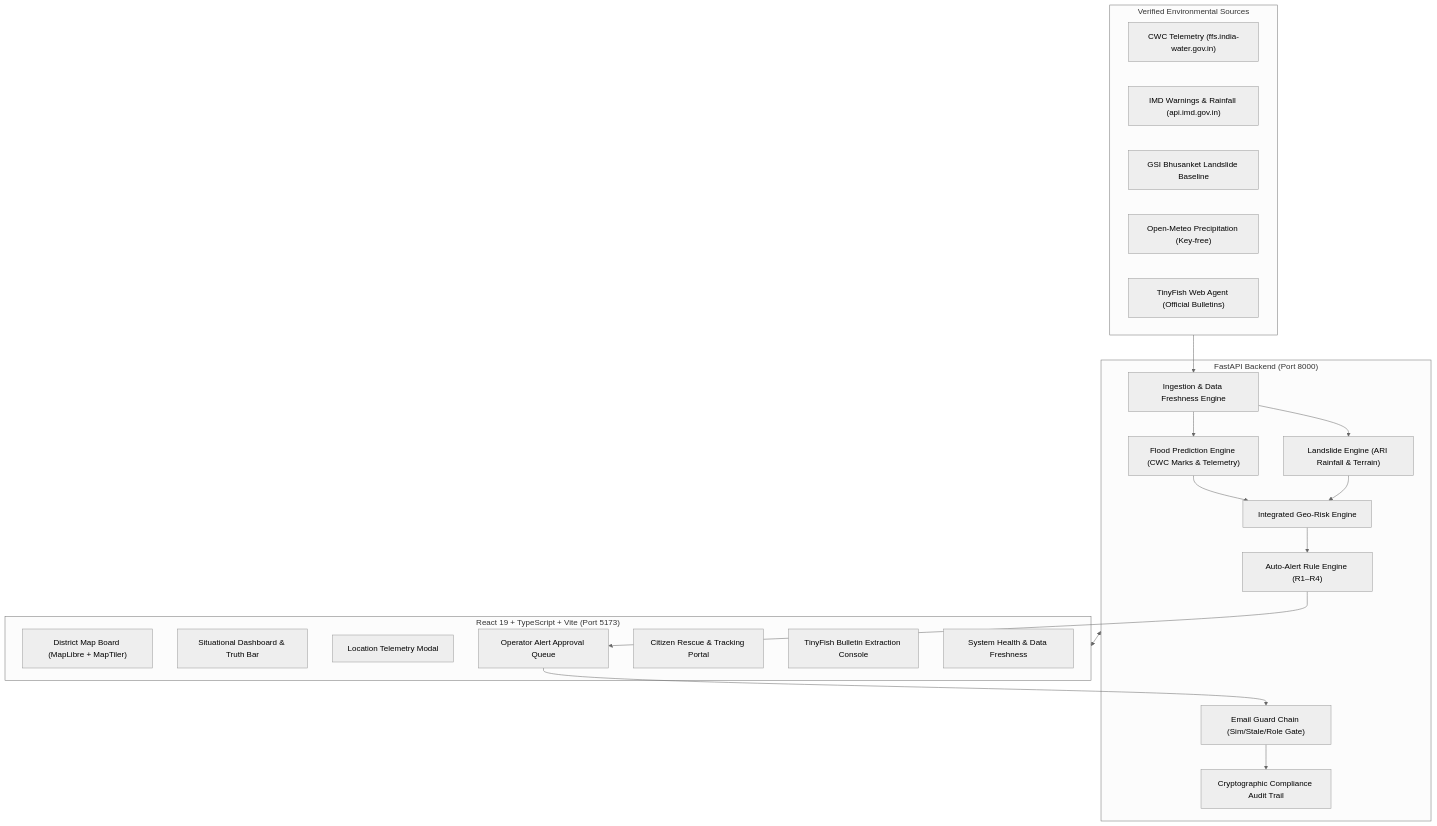
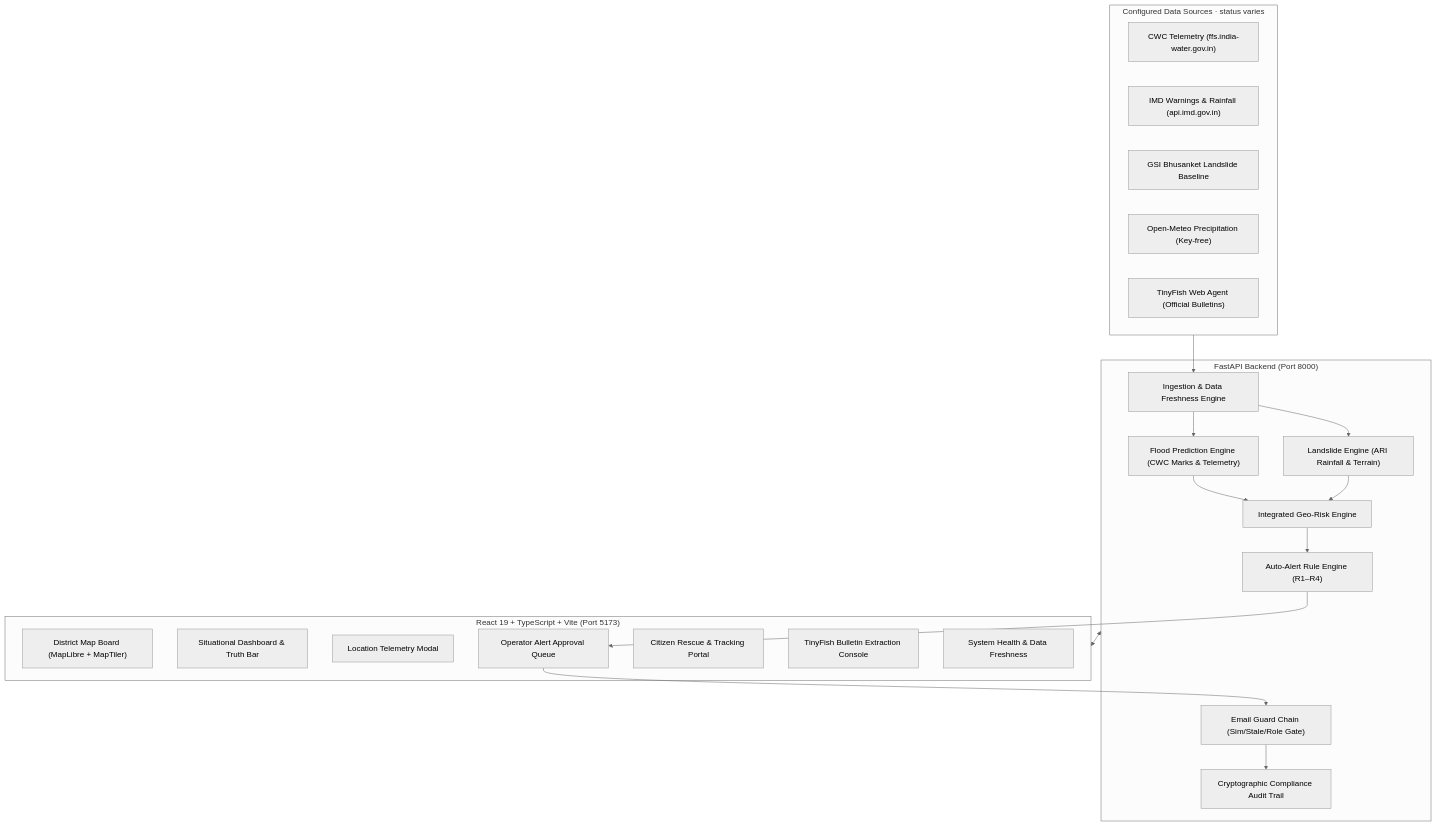
One commit to luckykushwha8-code/Northeast-Disaste-AI changed the diagram in README.md. Above: the diagram before and after it, drawn with Mermaid (neutral theme). The commit also changed other lines of this file and 58 other files, not shown here.

````diff
--- a/README.md
+++ b/README.md
@@ -17,39 +16,39 @@
 ```mermaid
 flowchart TD
-    subgraph Sources["Verified Environmental Sources"]
+    subgraph Sources["Configured Data Sources · status varies"]
         CWC["CWC Telemetry (ffs.india-water.gov.in)"]
         IMD["IMD Warnings & Rainfall (api.imd.gov.in)"]
         GSI["GSI Bhusanket Landslide Baseline"]
         OM["Open-Meteo Precipitation (Key-free)"]
         TF["TinyFish Web Agent (Official Bulletins)"]
     end
 
     subgraph Backend["FastAPI Backend (Port 8000)"]
         Ingest["Ingestion & Data Freshness Engine"]
         FloodEng["Flood Prediction Engine (CWC Marks & Telemetry)"]
         SlideEng["Landslide Engine (ARI Rainfall & Terrain)"]
         RiskEng["Integrated Geo-Risk Engine"]
         Rules["Auto-Alert Rule Engine (R1–R4)"]
         EmailGuard["Email Guard Chain (Sim/Stale/Role Gate)"]
         Audit["Cryptographic Compliance Audit Trail"]
     end
 
     subgraph Frontend["React 19 + TypeScript + Vite (Port 5173)"]
         MapBoard["District Map Board (MapLibre + MapTiler)"]
         Dashboard["Situational Dashboard & Truth Bar"]
         Telemetry["Location Telemetry Modal"]
         AlertQueue["Operator Alert Approval Queue"]
         RescueUI["Citizen Rescue & Tracking Portal"]
         TinyFishUI["TinyFish Bulletin Extraction Console"]
         SysHealth["System Health & Data Freshness"]
     end
 
     Sources --> Ingest
     Ingest --> FloodEng & SlideEng
     FloodEng & SlideEng --> RiskEng
     RiskEng --> Rules
     Rules --> AlertQueue
     AlertQueue --> EmailGuard
     EmailGuard --> Audit
     Backend <--> Frontend
 ```
````
